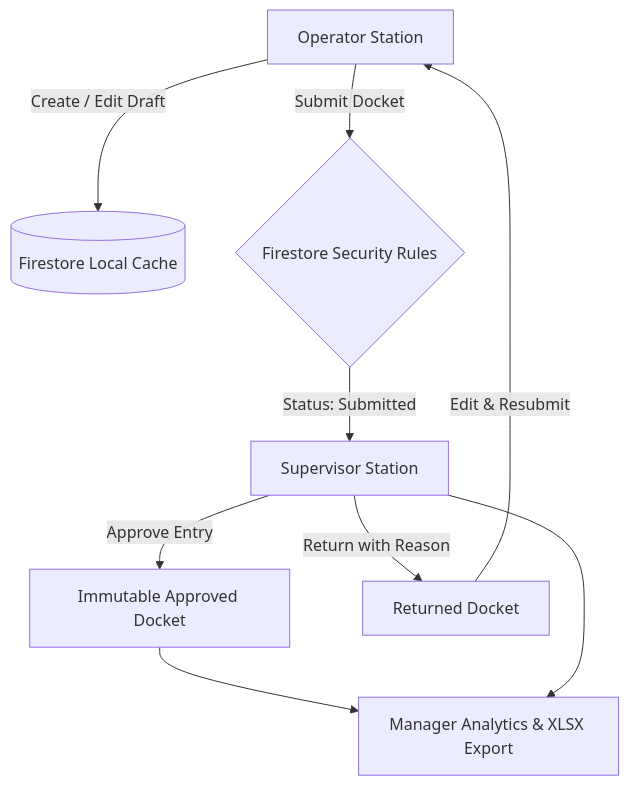
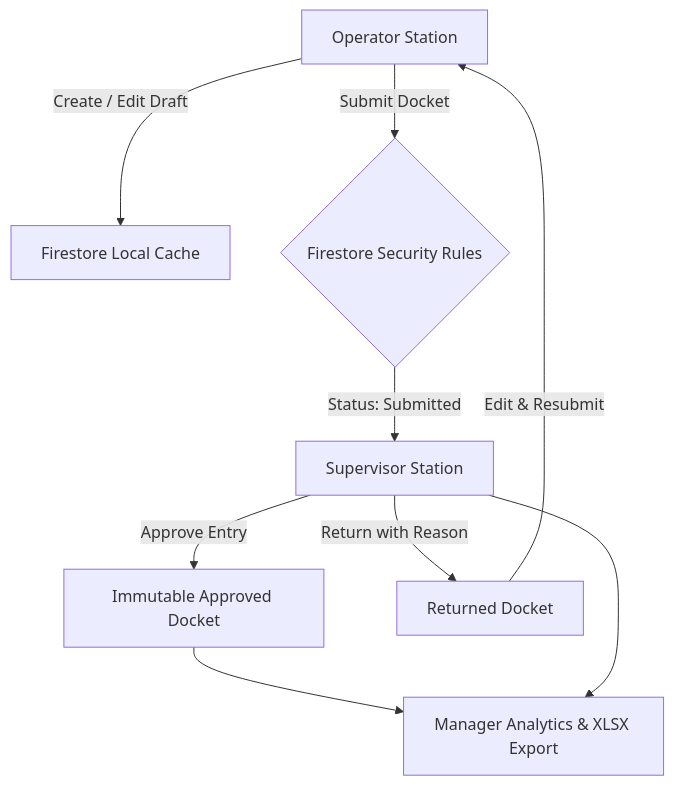
One commit to Neha-0019/Pallavan-Precision-Works-Production-Docket-System changed the second of 2 diagrams in README.md. Above: the diagram before and after it, drawn with Mermaid. The commit also changed other lines of this file, not shown here.

````diff
--- a/README.md
+++ b/README.md
@@ -166,11 +68,11 @@
 ```mermaid
-graph TD
-    A[Operator Station] -->|Create / Edit Draft| B[(Firestore Local Cache)]
-    A -->|Submit Docket| C{Firestore Security Rules}
-    C -->|Status: Submitted| D[Supervisor Station]
-    D -->|Approve Entry| E[Immutable Approved Docket]
-    D -->|Return with Reason| F[Returned Docket]
-    F -->|Edit & Resubmit| A
-    E --> G[Manager Analytics & XLSX Export]
+flowchart TD
+    A["Operator Station"] -->|"Create / Edit Draft"| B["Firestore Local Cache"]
+    A -->|"Submit Docket"| C{"Firestore Security Rules"}
+    C -->|"Status: Submitted"| D["Supervisor Station"]
+    D -->|"Approve Entry"| E["Immutable Approved Docket"]
+    D -->|"Return with Reason"| F["Returned Docket"]
+    F -->|"Edit & Resubmit"| A
+    E --> G["Manager Analytics & XLSX Export"]
     D --> G
 ```
````
